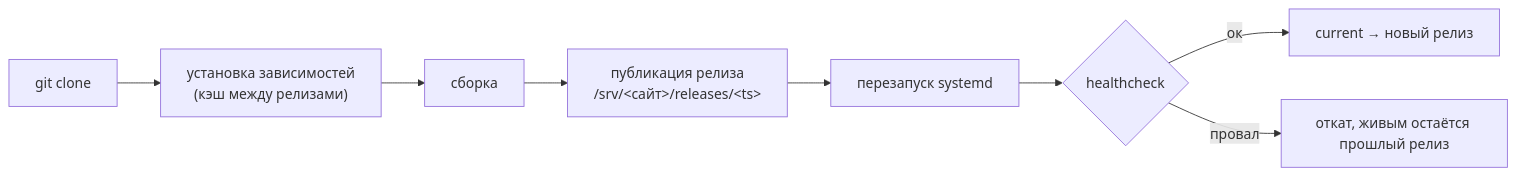
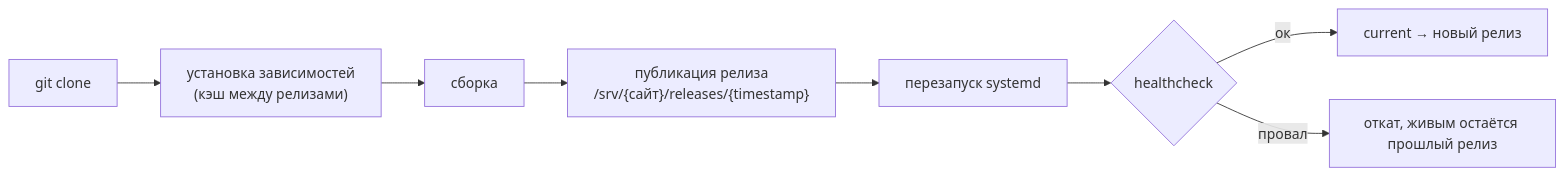
Before and after one commit to ARTFROST1/FreimDeploy: the second of 2 diagrams in README.ru.md, drawn with Mermaid. The commit also changed 1 other file, not shown here.

Commit message:
docs: fix mermaid labels — angle-bracket placeholders were stripped as HTML tags

````diff
--- a/README.ru.md
+++ b/README.ru.md
@@ -188,10 +188,10 @@
 ```mermaid
 flowchart LR
     A["git clone"] --> B["установка зависимостей<br/>(кэш между релизами)"]
     B --> C["сборка"]
-    C --> D["публикация релиза<br/>/srv/&lt;сайт&gt;/releases/&lt;ts&gt;"]
+    C --> D["публикация релиза<br/>/srv/{сайт}/releases/{timestamp}"]
     D --> E["перезапуск systemd"]
     E --> F{"healthcheck"}
     F -->|ок| G["current → новый релиз"]
     F -->|провал| H["откат, живым остаётся прошлый релиз"]
 ```
````
